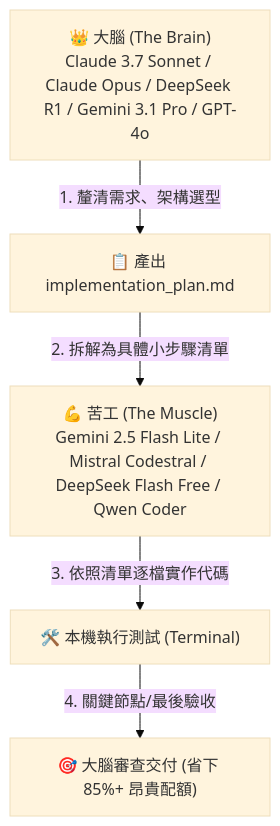
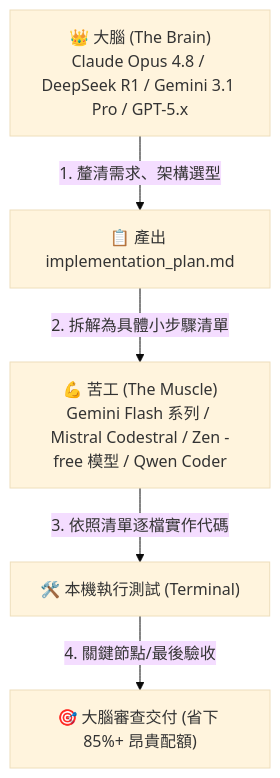
One commit to xup61069/HakkaAICODE changed the first of 2 diagrams in README.md. Above: the diagram before and after it, drawn with Mermaid (base theme). The commit also changed other lines of this file and 6 other files, not shown here.

````diff
--- a/README.md
+++ b/README.md
@@ -40,7 +42,7 @@
 ```mermaid
 flowchart TD
-    A["👑 大腦 (The Brain)<br>Claude 3.7 Sonnet / Claude Opus / DeepSeek R1 / Gemini 3.1 Pro / GPT-4o"] -->|1. 釐清需求、架構選型| B["📋 產出 implementation_plan.md"]
-    B -->|2. 拆解為具體小步驟清單| C["💪 苦工 (The Muscle)<br>Gemini 2.5 Flash Lite / Mistral Codestral / DeepSeek Flash Free / Qwen Coder"]
+    A["👑 大腦 (The Brain)<br>Claude Opus 4.8 / DeepSeek R1 / Gemini 3.1 Pro / GPT-5.x"] -->|1. 釐清需求、架構選型| B["📋 產出 implementation_plan.md"]
+    B -->|2. 拆解為具體小步驟清單| C["💪 苦工 (The Muscle)<br>Gemini Flash 系列 / Mistral Codestral / Zen -free 模型 / Qwen Coder"]
     C -->|3. 依照清單逐檔實作代碼| D["🛠️ 本機執行測試 (Terminal)"]
     D -->|4. 關鍵節點/最後驗收| E["🎯 大腦審查交付 (省下 85%+ 昂貴配額)"]
 ```
````
